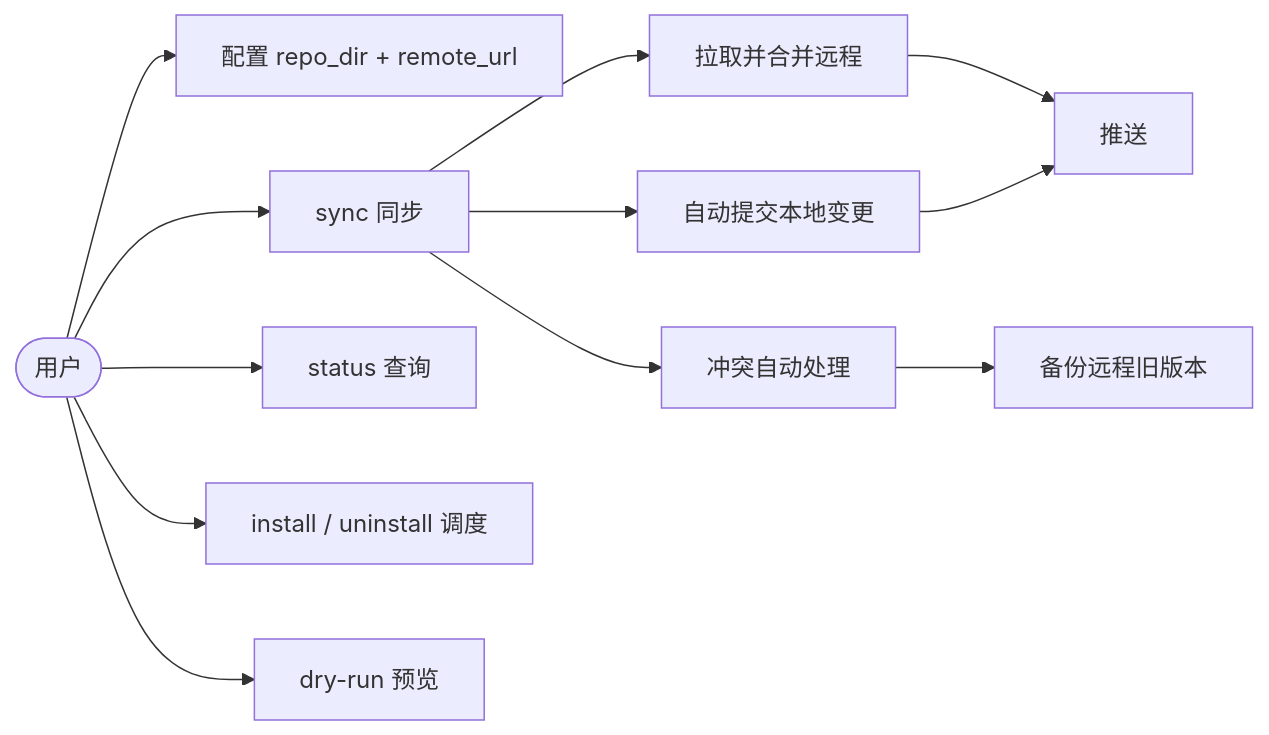
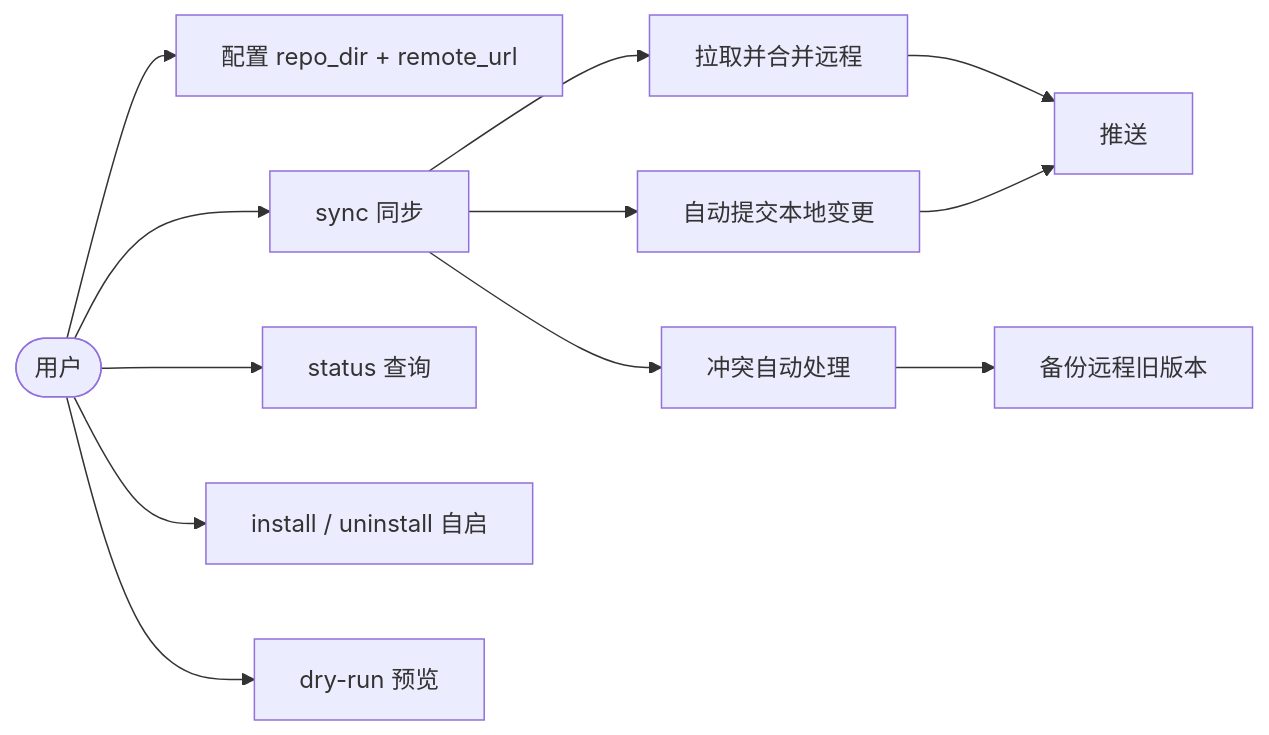
The first of 3 diagrams in docs/prd.md (int2t05/AutoSync), drawn with Mermaid before and after one commit. The commit also changed other lines of this file and 27 other files, not shown here.

````diff
--- a/docs/prd.md
+++ b/docs/prd.md
@@ -17,15 +17,15 @@
 ```mermaid
 flowchart LR
   U([用户]) --> CFG[配置 repo_dir + remote_url]
   U --> SYNC[sync 同步]
   U --> STATUS[status 查询]
-  U --> INST[install / uninstall 调度]
+  U --> INST[install / uninstall 自启]
   U --> DRY[dry-run 预览]
 
   SYNC --> COMMIT[自动提交本地变更]
   SYNC --> MERGE[拉取并合并远程]
   SYNC --> CONFLICT[冲突自动处理]
   CONFLICT --> BACKUP[备份远程旧版本]
   MERGE --> PUSH[推送]
   COMMIT --> PUSH
 ```
````
